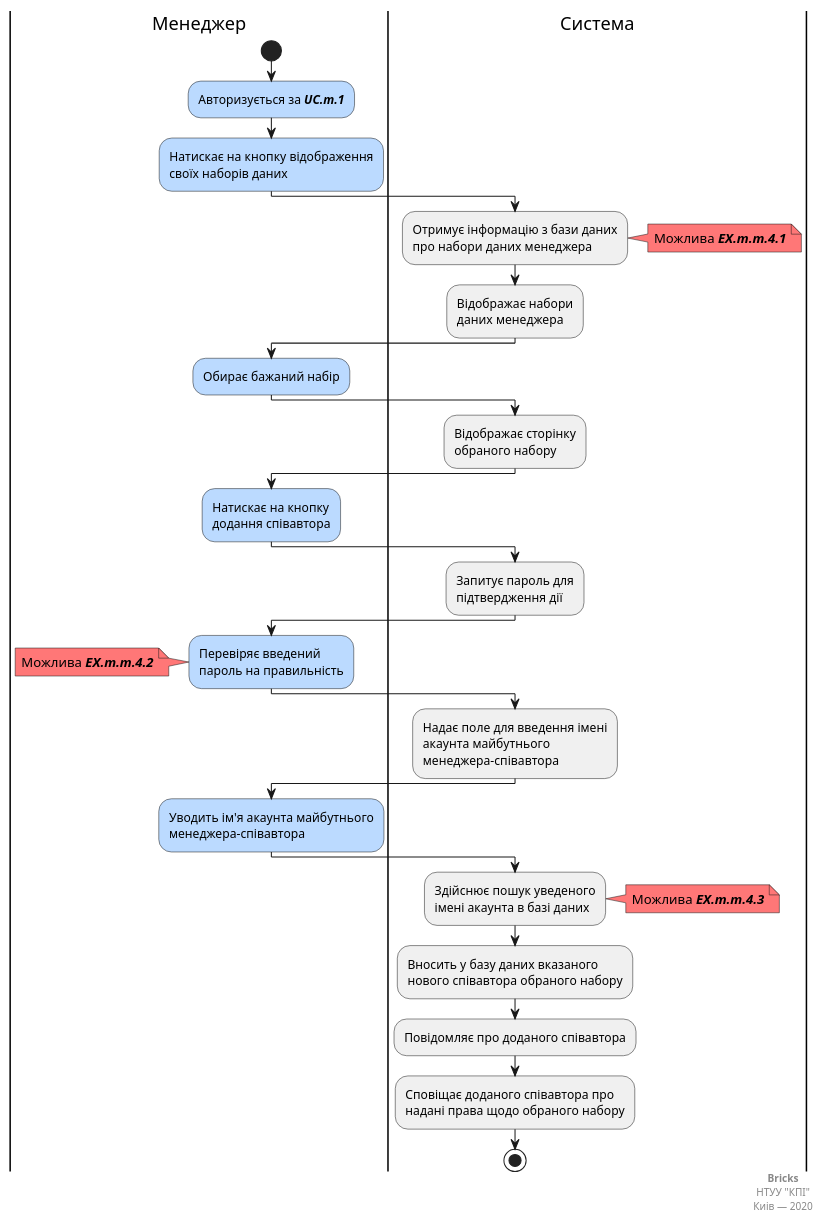
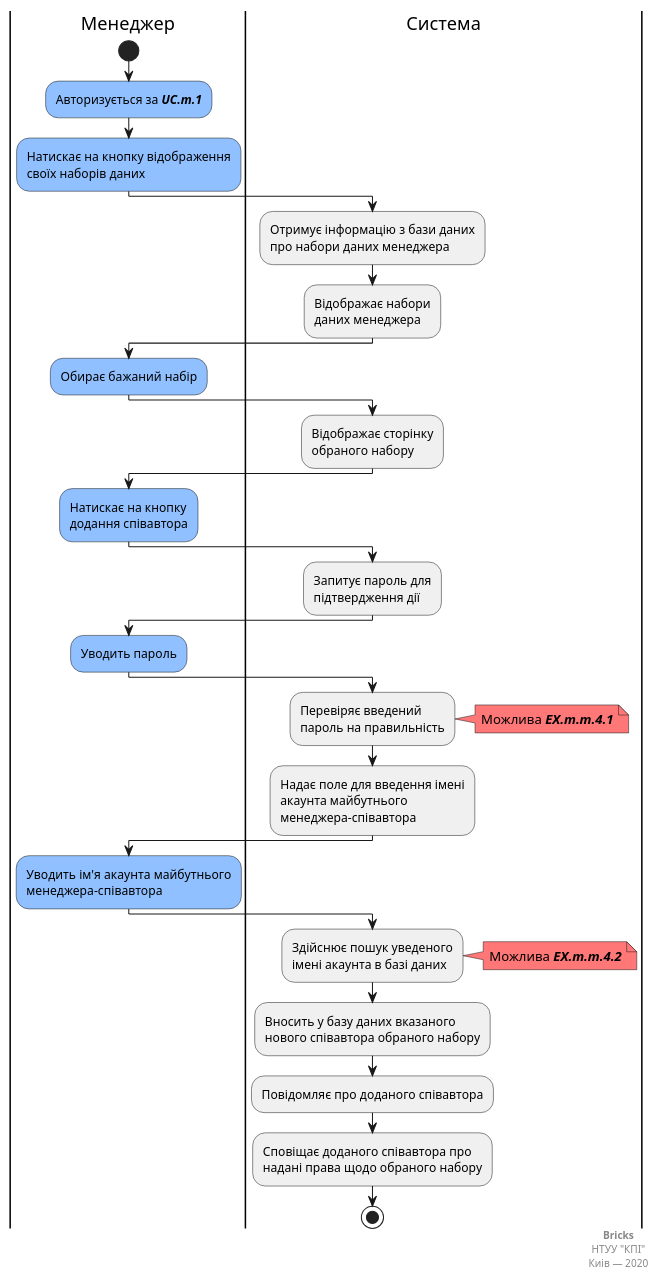
One commit to hate-crew-member-41/Bricks changed the diagram in docs/use cases/manager use cases/UC.m.m.4.puml. Above: the diagram before and after it, drawn with PlantUML.

```diff
--- a/docs/use cases/manager use cases/UC.m.m.4.puml
+++ b/docs/use cases/manager use cases/UC.m.m.4.puml
@@ -1,88 +1,86 @@
 @startuml
 
     |Менеджер|
 
         start;
 
-        #bbdaff:Авторизується за <b><i>UC.m.1</i></b>;
+        #90c0ff:Авторизується за <b><i>UC.m.1</i></b>;
 
-        #bbdaff:Натискає на кнопку відображення
+        #90c0ff:Натискає на кнопку відображення
         своїх наборів даних;
 
     |Система|
 
         #f0f0f0:Отримує інформацію з бази даних
         про набори даних менеджера;
 
-        note right #f77
-            Можлива <b><i>EX.m.m.4.1</i></b>
-        end note
-
         #f0f0f0:Відображає набори
         даних менеджера;
         
     |Менеджер|
 
-        #bbdaff:Обирає бажаний набір;
+        #90c0ff:Обирає бажаний набір;
 
     |Система|
 
         #f0f0f0:Відображає сторінку
         обраного набору;
         
     |Менеджер|
 
-        #bbdaff:Натискає на кнопку
+        #90c0ff:Натискає на кнопку
         додання співавтора;
 
     |Система|
 
         #f0f0f0:Запитує пароль для
         підтвердження дії;
-        
+
     |Менеджер|
 
-        #bbdaff:Перевіряє введений
+        #90c0ff:Уводить пароль;
+
+    |Система|
+
+        #f0f0f0:Перевіряє введений
         пароль на правильність;
 
-        note left #f77
-            Можлива <b><i>EX.m.m.4.2</i></b>
+        note right #f77
+            Можлива <b><i>EX.m.m.4.1</i></b>
         end note
-
-    |Система|
 
         #f0f0f0:Надає поле для введення імені
         акаунта майбутнього
         менеджера-співавтора;
         
     |Менеджер|
 
-        #bbdaff:Уводить ім'я акаунта майбутнього
+        #90c0ff:Уводить ім'я акаунта майбутнього
         менеджера-співавтора;
 
     |Система|
 
         #f0f0f0:Здійснює пошук уведеного
         імені акаунта в базі даних;
 
         note right #f77
-            Можлива <b><i>EX.m.m.4.3</i></b>
+            Можлива <b><i>EX.m.m.4.2</i></b>
         end note
 
         #f0f0f0:Вносить у базу даних вказаного
         нового співавтора обраного набору;
 
         #f0f0f0:Повідомляє про доданого співавтора;
 
         #f0f0f0:Сповіщає доданого співавтора про
         надані права щодо обраного набору;
 
         stop;
 
     right footer
         <b>Bricks</b>
         НТУУ "КПІ"
         Киів — 2020
     end footer
 
 @enduml
```
